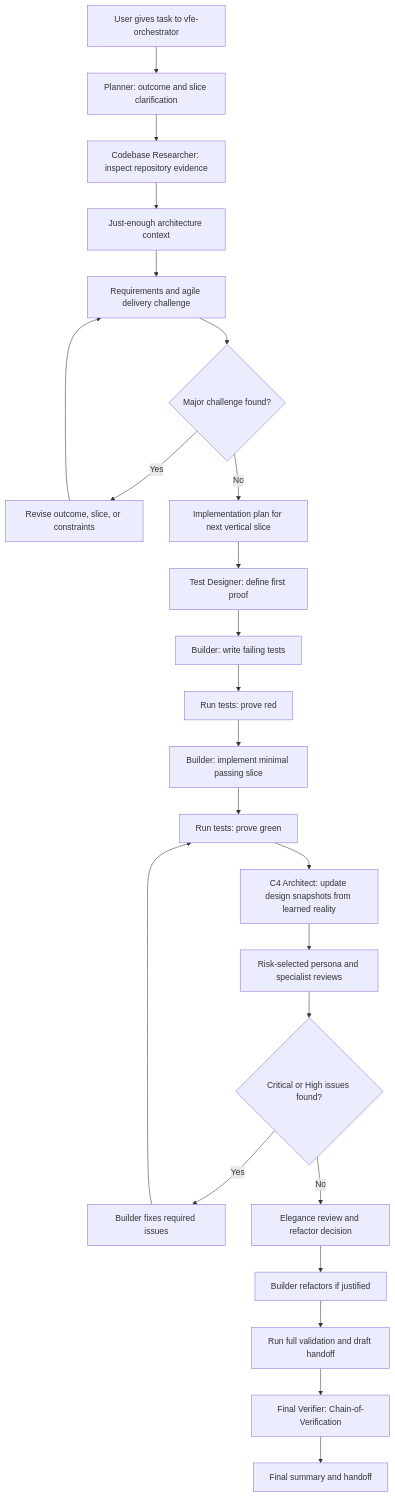
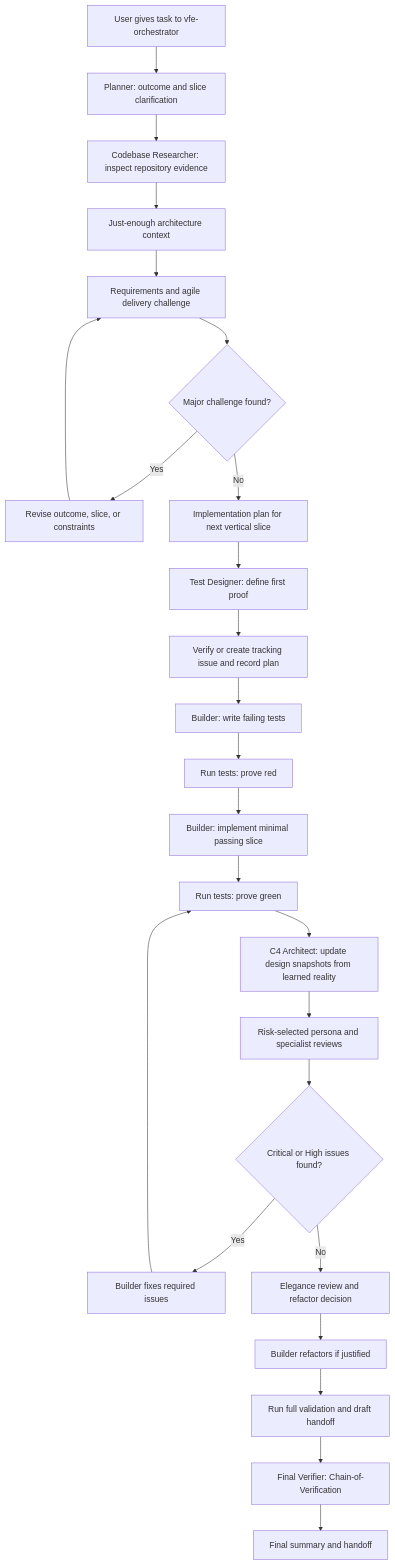
The diagram in .github/agents/vfe-orchestrator.agent.md (Gibbs-Morris/mississippi), drawn with Mermaid before and after one commit. The commit also changed other lines of this file and 17 other files, not shown here.

Commit message:
Require issue tracking before implementation and on every PR +semver: skip (#635)

````diff
--- a/.github/agents/vfe-orchestrator.agent.md
+++ b/.github/agents/vfe-orchestrator.agent.md
@@ -352,26 +352,27 @@
 ```mermaid
 flowchart TD
   A[User gives task to vfe-orchestrator] --> B[Planner: outcome and slice clarification]
   B --> C[Codebase Researcher: inspect repository evidence]
   C --> D[Just-enough architecture context]
   D --> E[Requirements and agile delivery challenge]
   E --> F{Major challenge found?}
   F -- Yes --> G[Revise outcome, slice, or constraints]
   G --> E
   F -- No --> H[Implementation plan for next vertical slice]
   H --> I[Test Designer: define first proof]
-  I --> J[Builder: write failing tests]
+  I --> IssueIntake[Verify or create tracking issue and record plan]
+  IssueIntake --> J[Builder: write failing tests]
   J --> K[Run tests: prove red]
   K --> L[Builder: implement minimal passing slice]
   L --> M[Run tests: prove green]
   M --> N[C4 Architect: update design snapshots from learned reality]
   N --> O[Risk-selected persona and specialist reviews]
   O --> P{Critical or High issues found?}
   P -- Yes --> Q[Builder fixes required issues]
   Q --> M
   P -- No --> R[Elegance review and refactor decision]
   R --> S[Builder refactors if justified]
   S --> T[Run full validation and draft handoff]
   T --> U[Final Verifier: Chain-of-Verification]
   U --> V[Final summary and handoff]
 ```
````
